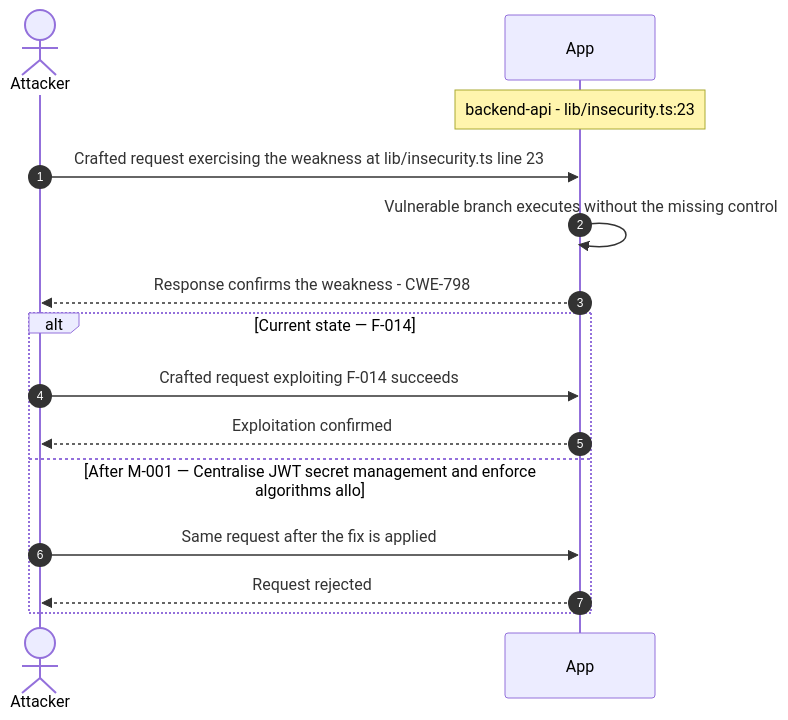
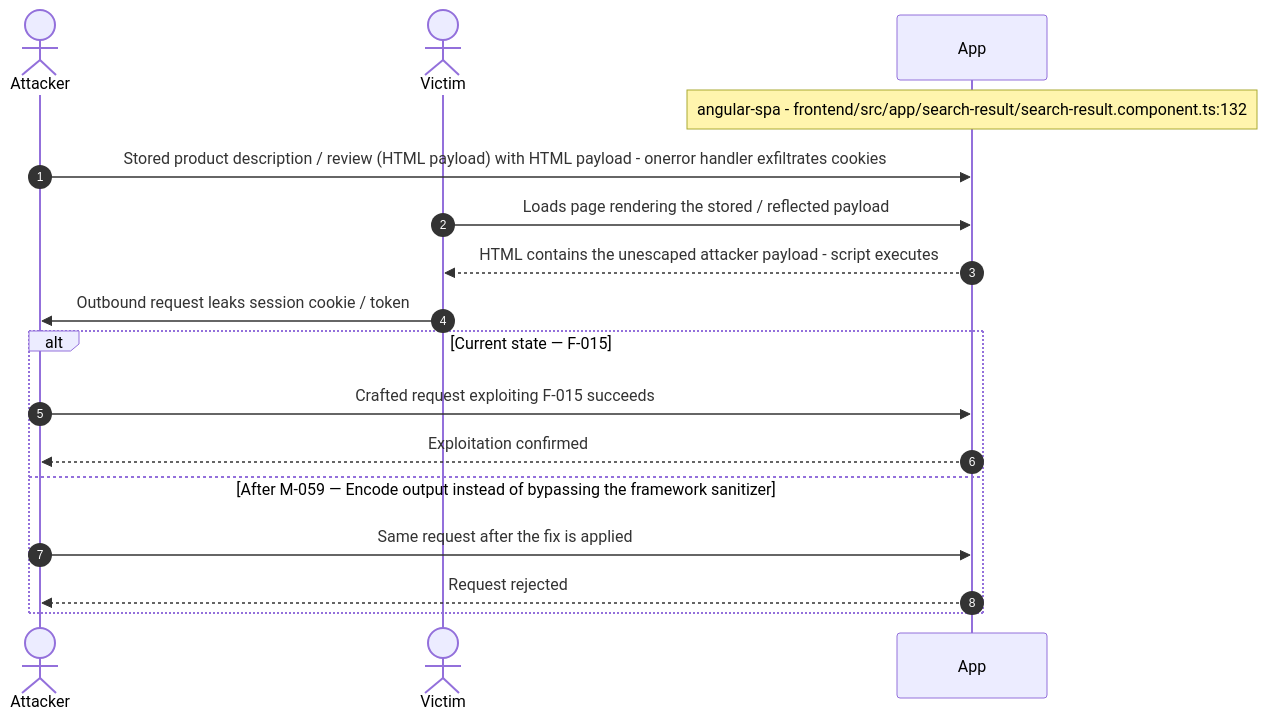
One commit to appsec-foundry/appsec-advisor changed diagram 19 of 28 in examples/threat-modeler/threat-model-juice-shop-standard.md. Above: the diagram before and after it, drawn with Mermaid. The commit also changed other lines of this file and 12 other files, not shown here.

````diff
--- a/examples/threat-modeler/threat-model-juice-shop-standard.md
+++ b/examples/threat-modeler/threat-model-juice-shop-standard.md
@@ -943,17 +975,19 @@
 ```mermaid
 sequenceDiagram
     autonumber
     actor Attacker
+    actor Victim
     participant App
-    Note over App: backend-api - lib/insecurity.ts:23
-    Attacker->>App: Crafted request exercising the weakness at lib/insecurity.ts line 23
-    App->>App: Vulnerable branch executes without the missing control
-    App-->>Attacker: Response confirms the weakness - CWE-798
-    alt Current state — F-014
-        Attacker->>App: Crafted request exploiting F-014 succeeds
+    Note over App: angular-spa - frontend/src/app/search-result/search-result.component.ts:132
+    Attacker->>App: Stored product description / review (HTML payload) with HTML payload - onerror handler exfiltrates cookies
+    Victim->>App: Loads page rendering the stored / reflected payload
+    App-->>Victim: HTML contains the unescaped attacker payload - script executes
+    Victim->>Attacker: Outbound request leaks session cookie / token
+    alt Current state — F-015
+        Attacker->>App: Crafted request exploiting F-015 succeeds
         App-->>Attacker: Exploitation confirmed
-    else After M-001 — Centralise JWT secret management and enforce algorithms allo
+    else After M-059 — Encode output instead of bypassing the framework sanitizer
         Attacker->>App: Same request after the fix is applied
         App-->>Attacker: Request rejected
     end
 ```
````
